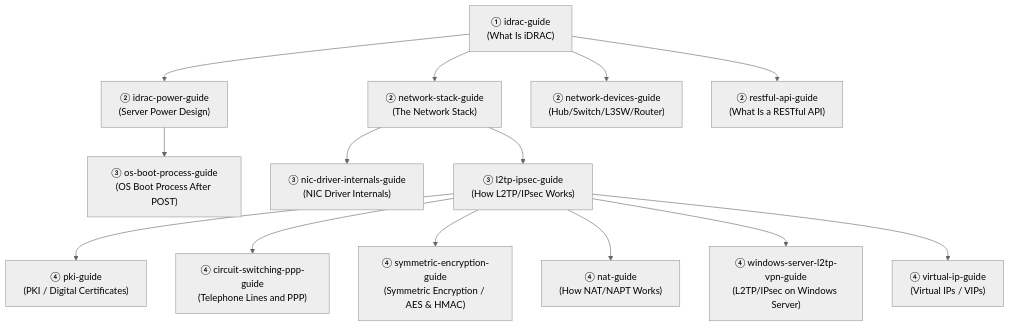
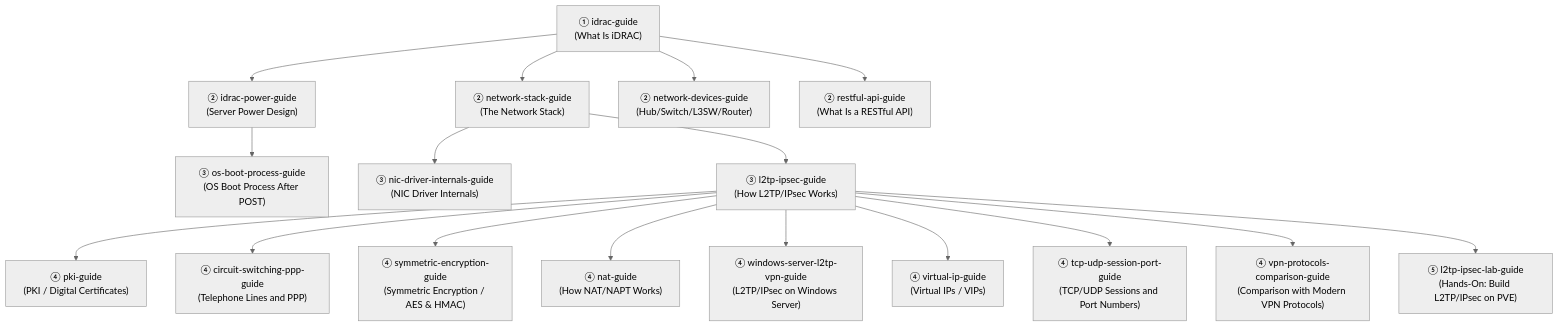
Before and after one commit to koikoi1998/koikoi-blog-20260723: the diagram in src/pages/en/sitemap.md, drawn with Mermaid (neutral theme). The commit also changed other lines of this file and 17 other files, not shown here.

````diff
--- a/src/pages/en/sitemap.md
+++ b/src/pages/en/sitemap.md
@@ -20,31 +20,37 @@
 ```mermaid
 graph TB
     Idrac["① idrac-guide<br/>(What Is iDRAC)"]
     Power["② idrac-power-guide<br/>(Server Power Design)"]
     Net["② network-stack-guide<br/>(The Network Stack)"]
     Devices["② network-devices-guide<br/>(Hub/Switch/L3SW/Router)"]
     Api["② restful-api-guide<br/>(What Is a RESTful API)"]
     Boot["③ os-boot-process-guide<br/>(OS Boot Process After POST)"]
     Nic["③ nic-driver-internals-guide<br/>(NIC Driver Internals)"]
     L2tp["③ l2tp-ipsec-guide<br/>(How L2TP/IPsec Works)"]
     Pki["④ pki-guide<br/>(PKI / Digital Certificates)"]
     Circuit["④ circuit-switching-ppp-guide<br/>(Telephone Lines and PPP)"]
     Sym["④ symmetric-encryption-guide<br/>(Symmetric Encryption / AES & HMAC)"]
     Nat["④ nat-guide<br/>(How NAT/NAPT Works)"]
     Winvpn["④ windows-server-l2tp-vpn-guide<br/>(L2TP/IPsec on Windows Server)"]
     Vip["④ virtual-ip-guide<br/>(Virtual IPs / VIPs)"]
+    TcpUdp["④ tcp-udp-session-port-guide<br/>(TCP/UDP Sessions and Port Numbers)"]
+    VpnCompare["④ vpn-protocols-comparison-guide<br/>(Comparison with Modern VPN Protocols)"]
+    L2tpLab["⑤ l2tp-ipsec-lab-guide<br/>(Hands-On: Build L2TP/IPsec on PVE)"]
 
     Idrac --> Power
     Idrac --> Net
     Idrac --> Devices
     Idrac --> Api
     Power --> Boot
     Net --> Nic
     Net --> L2tp
     L2tp --> Pki
     L2tp --> Circuit
     L2tp --> Sym
     L2tp --> Nat
     L2tp --> Winvpn
     L2tp --> Vip
+    L2tp --> TcpUdp
+    L2tp --> VpnCompare
+    L2tp --> L2tpLab
 ```
````
